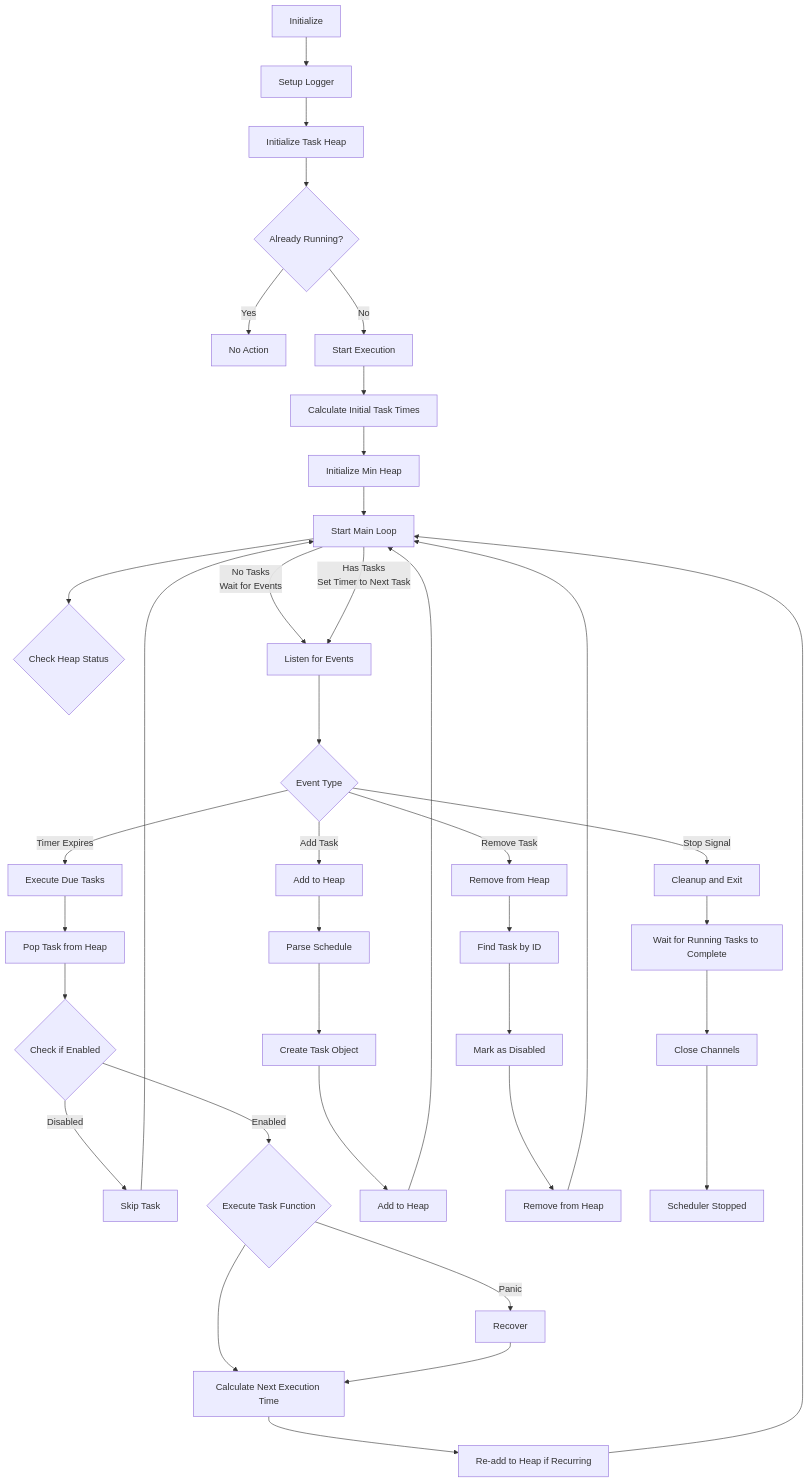
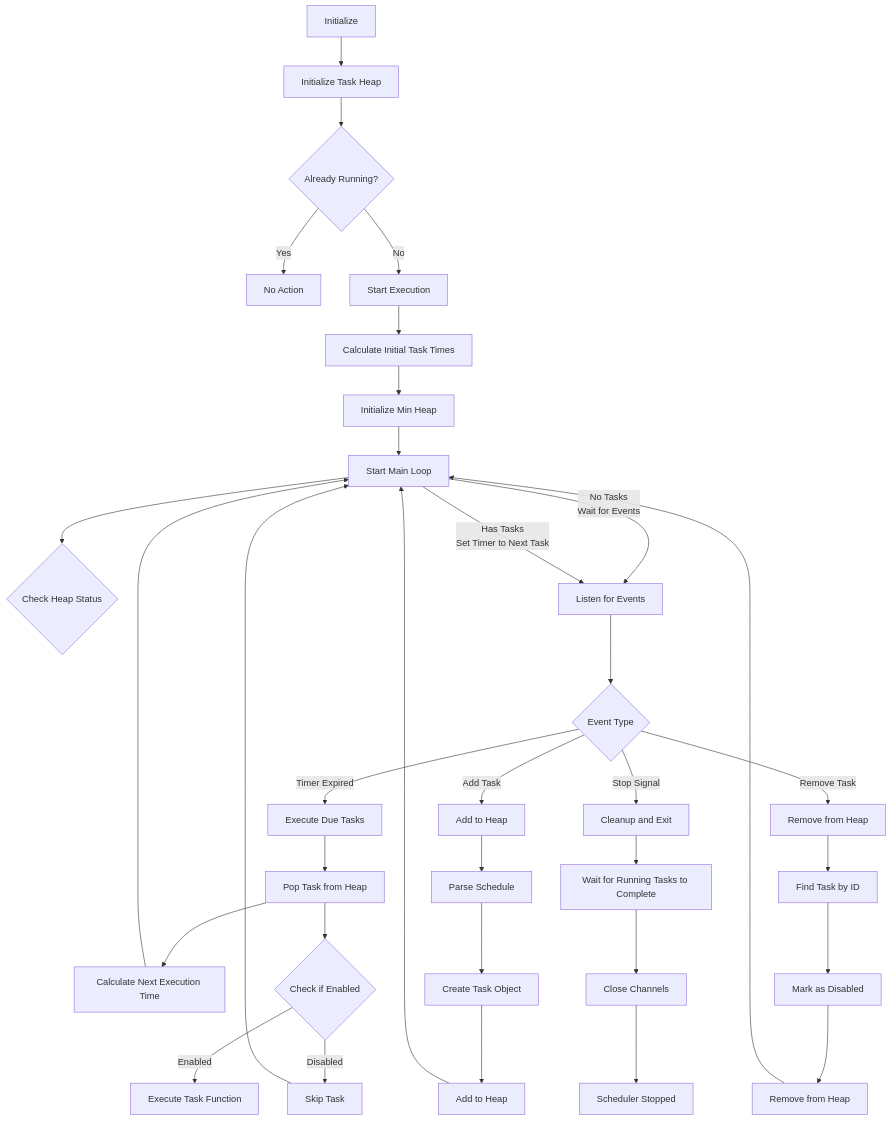
Before and after one commit to pardnchiu/go-scheduler: the diagram in README.md, drawn with Mermaid. The commit also changed other lines of this file and 9 other files, not shown here.

````diff
--- a/README.md
+++ b/README.md
@@ -29,48 +32,44 @@
 ```mermaid
 flowchart TD
-  A[Initialize] --> B[Setup Logger]
-  B --> C[Initialize Task Heap]
+  A[Initialize] --> C[Initialize Task Heap]
   C --> D{Already Running?}
   D -->|Yes| D1[No Action]
   D -->|No| D2[Start Execution]
   
   D2 --> E[Calculate Initial Task Times]
   E --> F[Initialize Min Heap]
   F --> G[Start Main Loop]
   
   G --> H{Check Heap Status}
   G -->|No Tasks<br>Wait for Events| Q[Listen for Events]
   G -->|Has Tasks<br>Set Timer to Next Task| Q
   
   Q --> R{Event Type}
-  R -->|Timer Expires| R1[Execute Due Tasks]
+  R -->|Timer Expired| R1[Execute Due Tasks]
   R -->|Add Task| R2[Add to Heap]
   R -->|Remove Task| R3[Remove from Heap]
   R -->|Stop Signal| R4[Cleanup and Exit]
   
   R1 --> S[Pop Task from Heap]
+  S --> R5[Calculate Next Execution Time]
+  R5 --> G
   S --> T{Check if Enabled}
   T -->|Disabled| T0[Skip Task]
   T0 --> G
-  T -->|Enabled| T1{Execute Task Function}
-  T1 --> T11[Calculate Next Execution Time]
-  T1 -->|Panic| T10[Recover]
-  T10 --> T11[Calculate Next Execution Time]
-  T11 --> U[Re-add to Heap if Recurring]
+  T -->|Enabled| T1[Execute Task Function]
   
   R2 --> V[Parse Schedule]
   V --> W[Create Task Object]
   W --> X[Add to Heap]
   
   R3 --> Y[Find Task by ID]
   Y --> Z[Mark as Disabled]
   Z --> AA[Remove from Heap]
   
-  U --> G
   X --> G
   AA --> G
   
   R4 --> BB[Wait for Running Tasks to Complete]
   BB --> CC[Close Channels]
   CC --> DD[Scheduler Stopped]
 ```
````
